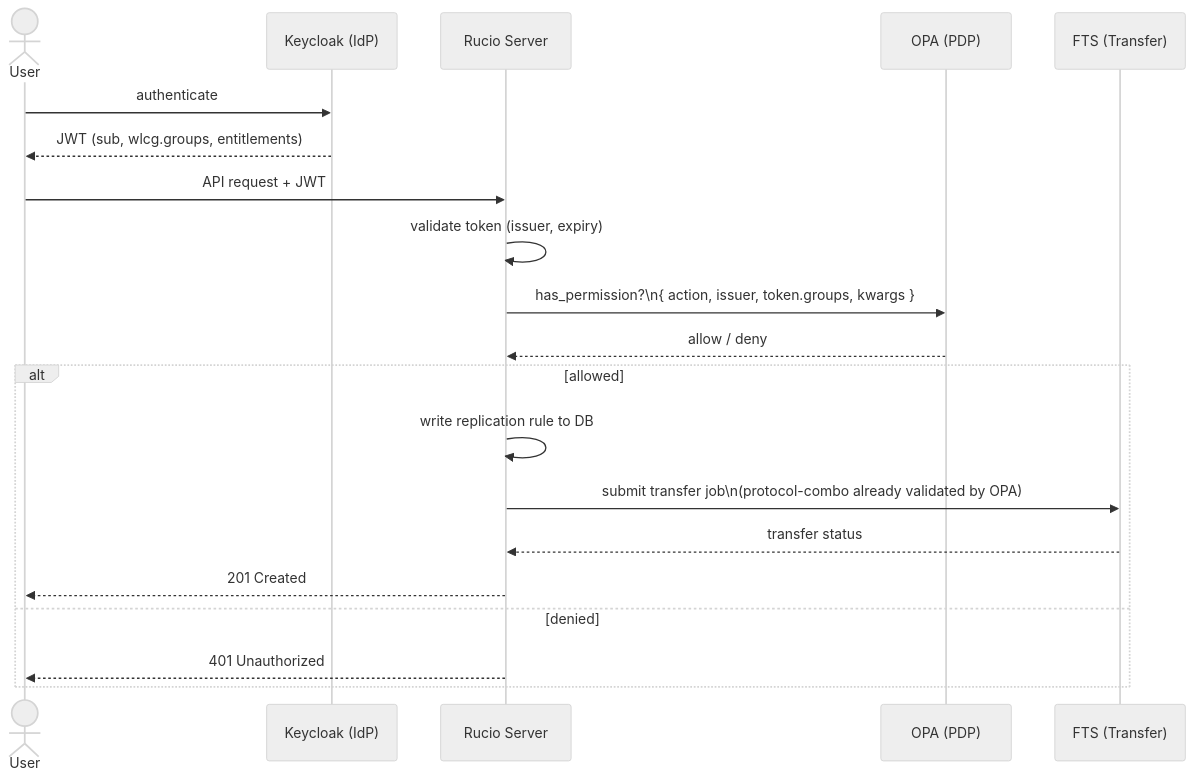
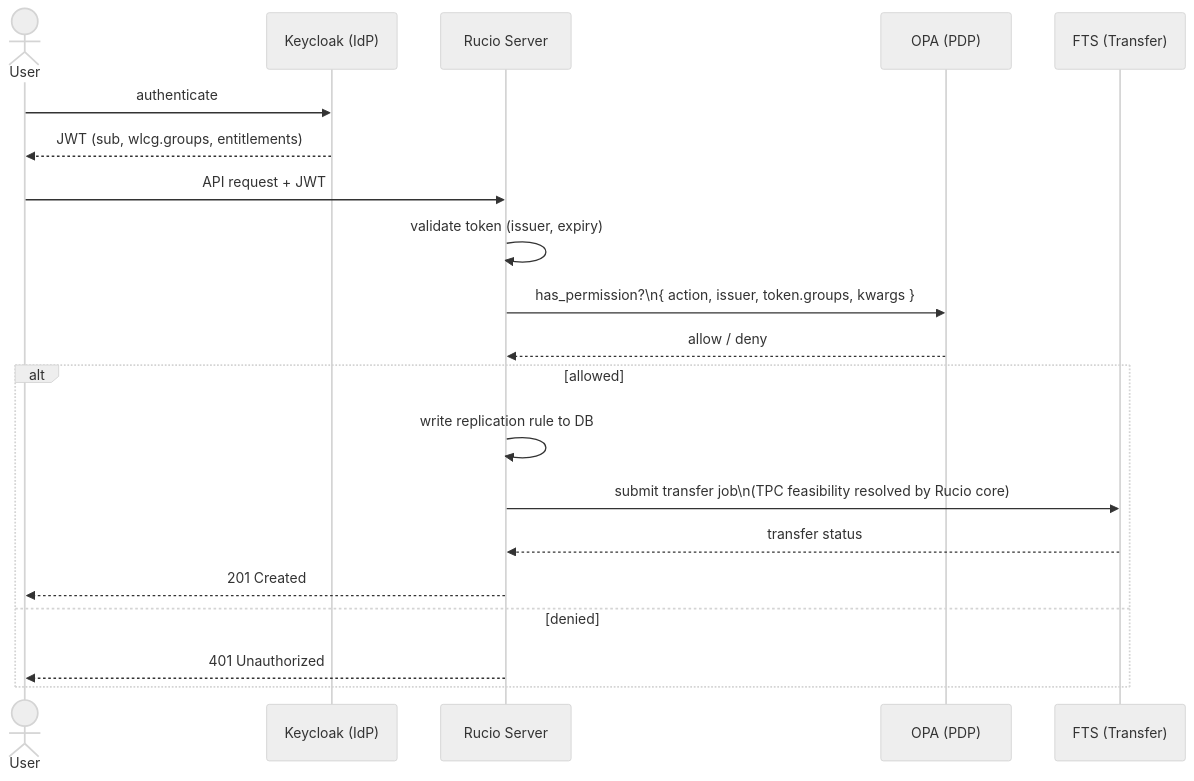
One commit to mgajek-cern/opa-policy-package changed the diagram in README.md. Above: the diagram before and after it, drawn with Mermaid (neutral theme). The commit also changed other lines of this file and 9 other files, not shown here.

````diff
--- a/README.md
+++ b/README.md
@@ -22,25 +22,25 @@
 ```mermaid
 sequenceDiagram
     actor User
     participant KC as Keycloak (IdP)
     participant Rucio as Rucio Server
     participant OPA as OPA (PDP)
     participant FTS as FTS (Transfer)
 
     User->>KC: authenticate
     KC-->>User: JWT (sub, wlcg.groups, entitlements)
 
     User->>Rucio: API request + JWT
     Rucio->>Rucio: validate token (issuer, expiry)
     Rucio->>OPA: has_permission?\n{ action, issuer, token.groups, kwargs }
     OPA-->>Rucio: allow / deny
 
     alt allowed
         Rucio->>Rucio: write replication rule to DB
-        Rucio->>FTS: submit transfer job\n(protocol-combo already validated by OPA)
+        Rucio->>FTS: submit transfer job\n(TPC feasibility resolved by Rucio core)
         FTS-->>Rucio: transfer status
         Rucio-->>User: 201 Created
     else denied
         Rucio-->>User: 401 Unauthorized
     end
 ```
````
